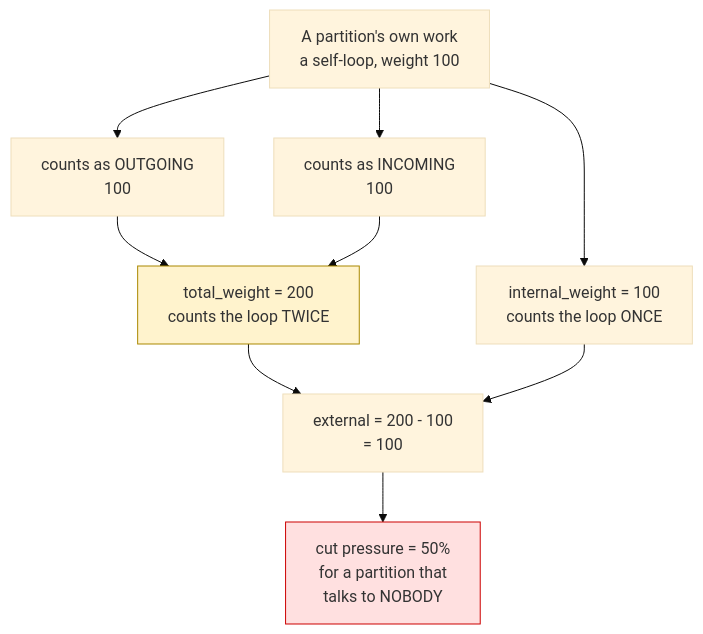
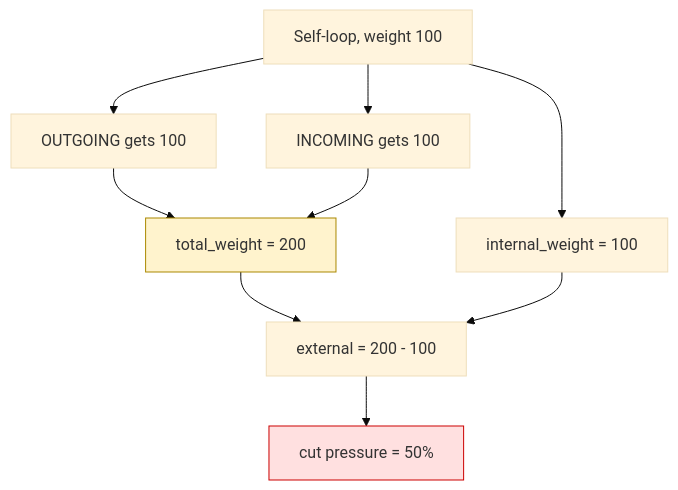
One commit to mondweep/vibe-cast changed the seventh of 9 diagrams in README.md. Above: the diagram before and after it, drawn with Mermaid (base theme). The commit also changed other lines of this file, not shown here.

````diff
--- a/README.md
+++ b/README.md
@@ -310,14 +331,14 @@
 ```mermaid
 flowchart TB
-    SELF["A partition's own work<br/>a self-loop, weight 100"]
-    SELF --> OUT["counts as OUTGOING<br/>100"]
-    SELF --> INC["counts as INCOMING<br/>100"]
-    OUT --> TOT["total_weight = 200<br/>counts the loop TWICE"]
+    SELF["Self-loop, weight 100"]
+    SELF --> OUT["OUTGOING gets 100"]
+    SELF --> INC["INCOMING gets 100"]
+    OUT --> TOT["total_weight = 200"]
     INC --> TOT
-    SELF --> INT["internal_weight = 100<br/>counts the loop ONCE"]
-    TOT --> EXT["external = 200 - 100<br/>= 100"]
+    SELF --> INT["internal_weight = 100"]
+    TOT --> EXT["external = 200 - 100"]
     INT --> EXT
-    EXT --> P["cut pressure = 50%<br/>for a partition that<br/>talks to NOBODY"]
+    EXT --> P["cut pressure = 50%"]
     style P fill:#ffe0e0,stroke:#c00
     style TOT fill:#fff3cd,stroke:#a80
 ```
````
